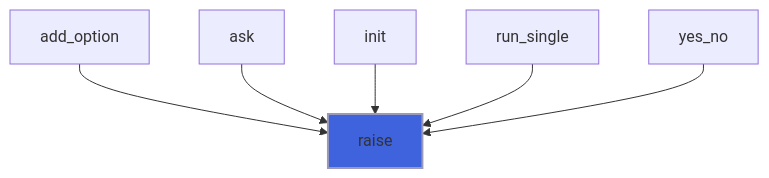
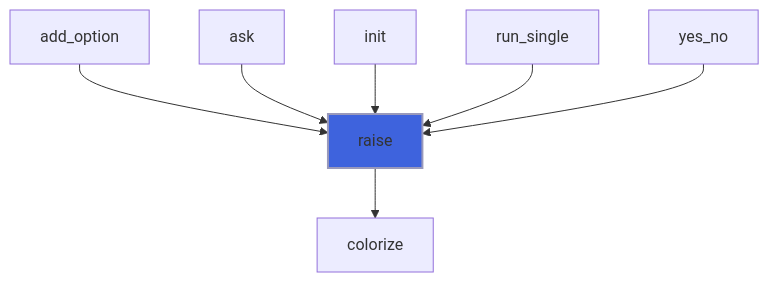
Diagram 13 of 14 in docs/api/src/lib/flap_menu_t.md (szaghi/FLAP), drawn with Mermaid before and after one commit. The commit also changed other lines of this file and 6 other files, not shown here.

````diff
--- a/docs/api/src/lib/flap_menu_t.md
+++ b/docs/api/src/lib/flap_menu_t.md
@@ -478,9 +493,10 @@
 ```mermaid
 flowchart TD
   add_option["add_option"] --> raise["raise"]
   ask["ask"] --> raise["raise"]
   init["init"] --> raise["raise"]
   run_single["run_single"] --> raise["raise"]
   yes_no["yes_no"] --> raise["raise"]
+  raise["raise"] --> colorize["colorize"]
   style raise fill:#3e63dd,stroke:#99b,stroke-width:2px
 ```
````
